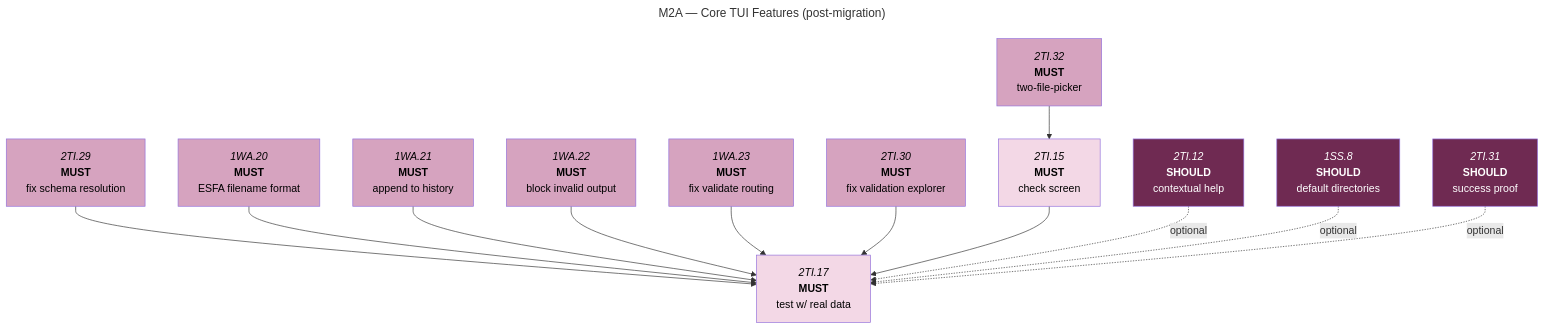
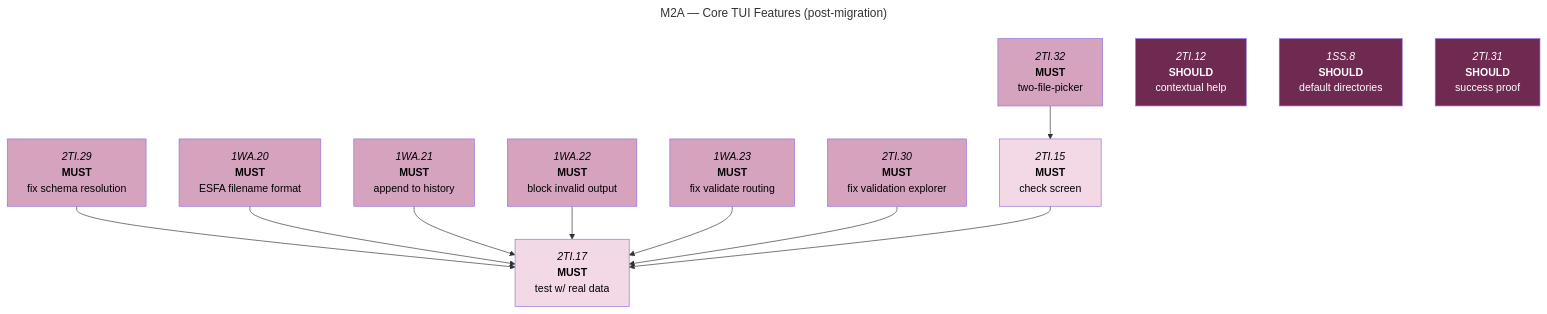
The second of 5 diagrams in docs/roadmaps/phase-1-mvp-features.md (foundersandcoders/iris), drawn with Mermaid before and after one commit. The commit also changed other lines of this file, not shown here.

````diff
--- a/docs/roadmaps/phase-1-mvp-features.md
+++ b/docs/roadmaps/phase-1-mvp-features.md
@@ -148,31 +148,30 @@
 ```mermaid
 ---
 title: M2A — Core TUI Features (post-migration)
 ---
 graph TD
 
 2TI.29["`*2TI.29*<br/>**MUST**<br/>fix schema resolution`"]:::must-open
 1WA.20["`*1WA.20*<br/>**MUST**<br/>ESFA filename format`"]:::must-open
 1WA.21["`*1WA.21*<br/>**MUST**<br/>append to history`"]:::must-open
 1WA.22["`*1WA.22*<br/>**MUST**<br/>block invalid output`"]:::must-open
 1WA.23["`*1WA.23*<br/>**MUST**<br/>fix validate routing`"]:::must-open
 2TI.30["`*2TI.30*<br/>**MUST**<br/>fix validation explorer`"]:::must-open
 2TI.32["`*2TI.32*<br/>**MUST**<br/>two-file-picker`"]:::must-open
 2TI.15["`*2TI.15*<br/>**MUST**<br/>check screen`"]:::must-blocked
 2TI.12["`*2TI.12*<br/>**SHOULD**<br/>contextual help`"]:::should-open
 1SS.8["`*1SS.8*<br/>**SHOULD**<br/>default directories`"]:::should-open
 2TI.31["`*2TI.31*<br/>**SHOULD**<br/>success proof`"]:::should-open
 2TI.17["`*2TI.17*<br/>**MUST**<br/>test w/ real data`"]:::must-blocked
 
 2TI.32 --> 2TI.15
 2TI.29 & 1WA.20 & 1WA.21 & 1WA.22 & 1WA.23 & 2TI.30 & 2TI.15 --> 2TI.17
-2TI.12 & 1SS.8 & 2TI.31 -.->|optional| 2TI.17
 
 classDef must-open fill:#D6A3BF,color:#000;
 classDef must-blocked fill:#F3D8E6,color:#000;
 classDef should-open fill:#6F2A52,color:#fff;
 classDef should-blocked fill:#A45A84,color:#fff;
 classDef could-open fill:#3E7F96,color:#fff;
 classDef could-blocked fill:#5FA3BA,color:#fff;
 classDef mile fill:#E8EFF6,color:#000;
 ```
````
